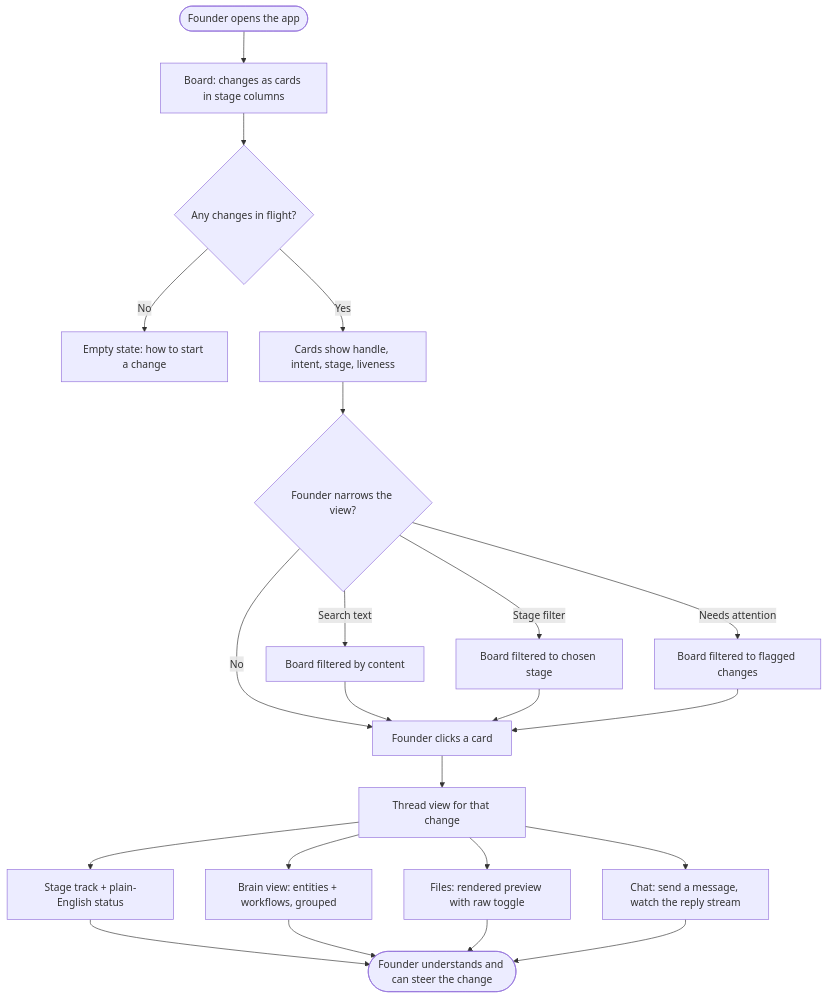
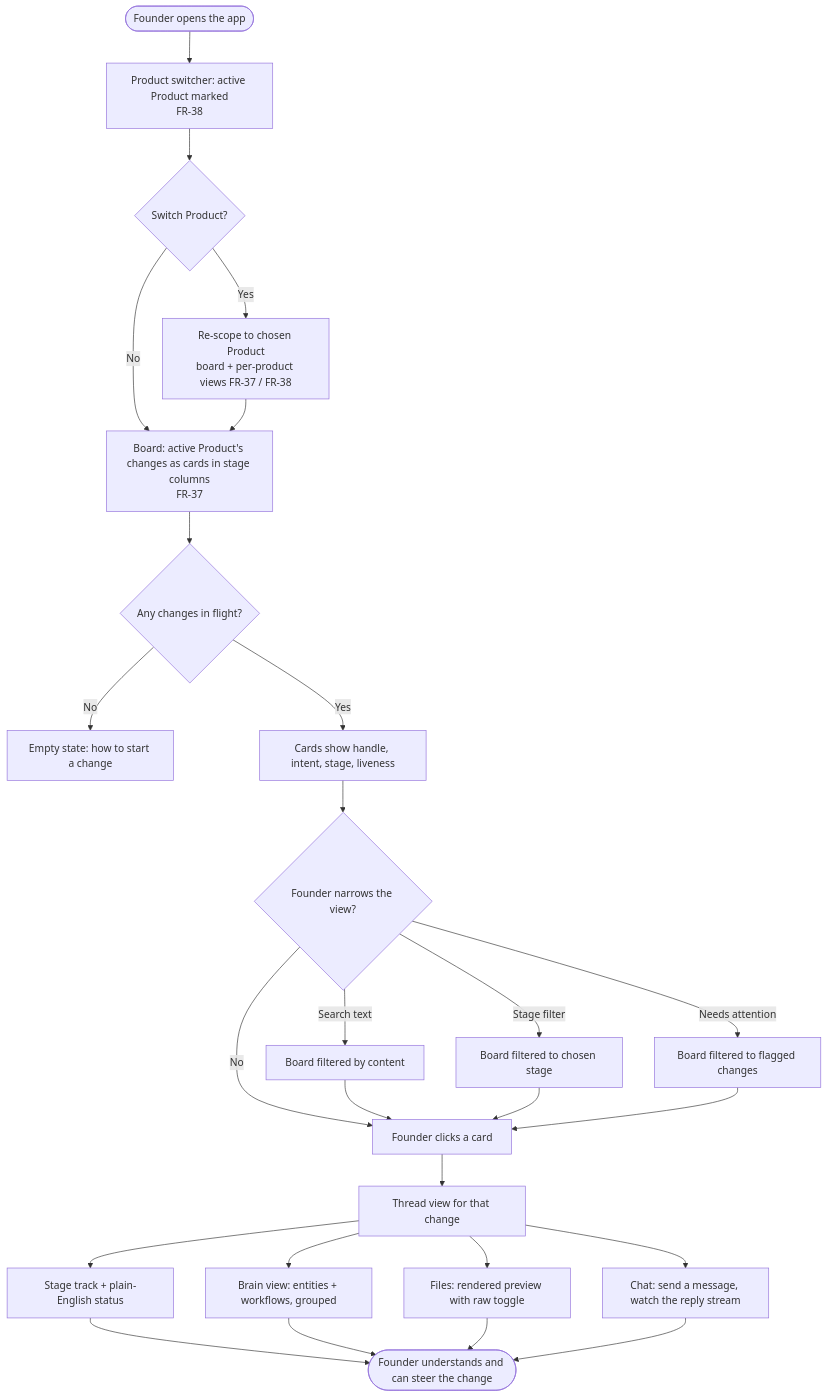
The diagram in .specifications/autonomous-delivery-environment/diagrams/board-navigation.md (sulis-ai/agents), drawn with Mermaid before and after one commit. The commit also changed other lines of this file and 101 other files, not shown here.

````diff
--- a/.specifications/autonomous-delivery-environment/diagrams/board-navigation.md
+++ b/.specifications/autonomous-delivery-environment/diagrams/board-navigation.md
@@ -7,25 +9,29 @@
 ```mermaid
-%% Board → thread navigation: the founder's path from landing to a single change.
+%% Board → thread navigation: the founder's path from landing to a single change (per active Product).
 flowchart TD
-    A([Founder opens the app]) --> B[Board: changes as cards in stage columns]
+    A([Founder opens the app]) --> A1[Product switcher: active Product marked<br/>FR-38]
+    A1 --> A2{Switch Product?}
+    A2 -->|Yes| A3[Re-scope to chosen Product<br/>board + per-product views FR-37 / FR-38]
+    A2 -->|No| B
+    A3 --> B[Board: active Product's changes as cards in stage columns<br/>FR-37]
     B --> C{Any changes in flight?}
     C -->|No| D[Empty state: how to start a change]
     C -->|Yes| E[Cards show handle, intent, stage, liveness]
     E --> F{Founder narrows the view?}
     F -->|Search text| G[Board filtered by content]
     F -->|Stage filter| H[Board filtered to chosen stage]
     F -->|Needs attention| I[Board filtered to flagged changes]
     F -->|No| J[Founder clicks a card]
     G --> J
     H --> J
     I --> J
     J --> K[Thread view for that change]
     K --> L[Stage track + plain-English status]
     K --> M[Brain view: entities + workflows, grouped]
     K --> N[Files: rendered preview with raw toggle]
     K --> O[Chat: send a message, watch the reply stream]
     L --> P([Founder understands and can steer the change])
     M --> P
     N --> P
     O --> P
 ```
````
